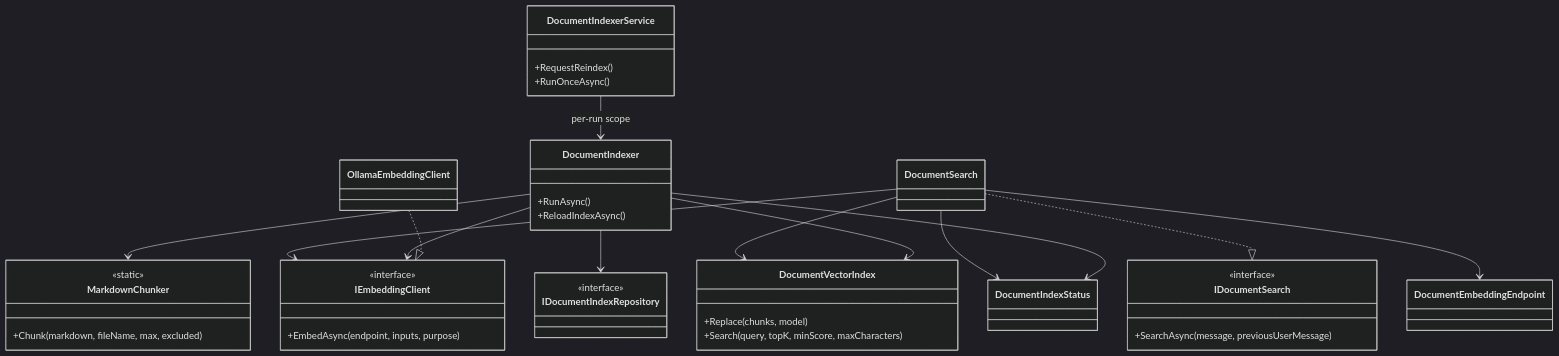
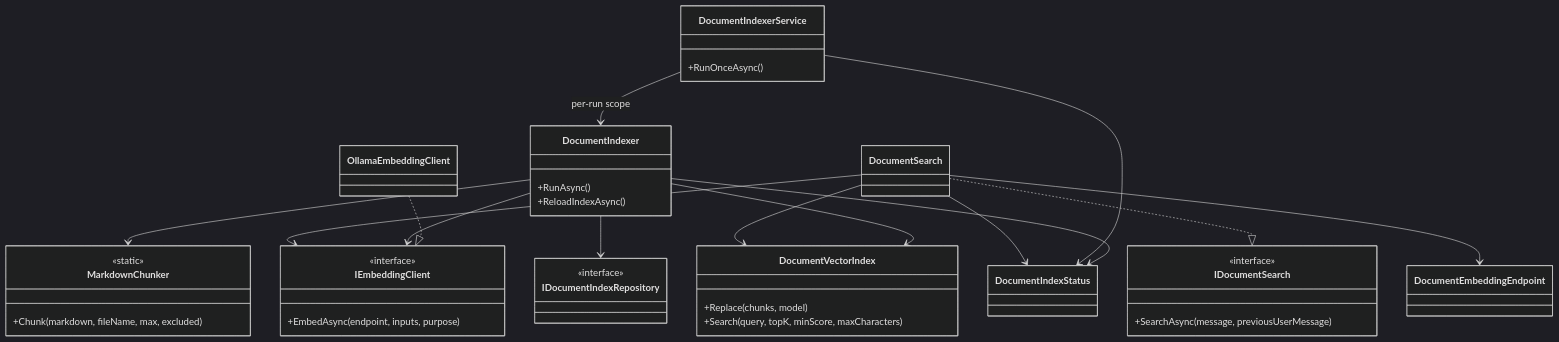
Before and after one commit to jojogeorge3344/TaskFlow-Project: the seventh of 14 diagrams in TF - Documents/TF - LLD/08-TFA-Assistant/08.1-Assistant/LLD-Assistant.md, drawn with Mermaid (dark theme). The commit also changed other lines of this file and 103 other files, not shown here.

````diff
--- a/TF - Documents/TF - LLD/08-TFA-Assistant/08.1-Assistant/LLD-Assistant.md
+++ b/TF - Documents/TF - LLD/08-TFA-Assistant/08.1-Assistant/LLD-Assistant.md
@@ -690,46 +700,46 @@
 ```mermaid
 classDiagram
   class IDocumentSearch {
     <<interface>>
     +SearchAsync(message, previousUserMessage)
   }
   class DocumentSearch
   class DocumentVectorIndex {
     +Replace(chunks, model)
     +Search(query, topK, minScore, maxCharacters)
   }
   class DocumentIndexerService {
-    +RequestReindex()
     +RunOnceAsync()
   }
   class DocumentIndexer {
     +RunAsync()
     +ReloadIndexAsync()
   }
   class MarkdownChunker {
     <<static>>
     +Chunk(markdown, fileName, max, excluded)
   }
   class IEmbeddingClient {
     <<interface>>
     +EmbedAsync(endpoint, inputs, purpose)
   }
   class OllamaEmbeddingClient
   class IDocumentIndexRepository {
     <<interface>>
   }
   class DocumentIndexStatus
   class DocumentEmbeddingEndpoint
   DocumentSearch ..|> IDocumentSearch
   DocumentSearch --> DocumentVectorIndex
   DocumentSearch --> IEmbeddingClient
   DocumentSearch --> DocumentEmbeddingEndpoint
   DocumentSearch --> DocumentIndexStatus
   DocumentIndexerService --> DocumentIndexer : per-run scope
+  DocumentIndexerService --> DocumentIndexStatus
   DocumentIndexer --> MarkdownChunker
   DocumentIndexer --> IEmbeddingClient
   DocumentIndexer --> IDocumentIndexRepository
   DocumentIndexer --> DocumentVectorIndex
   DocumentIndexer --> DocumentIndexStatus
   OllamaEmbeddingClient ..|> IEmbeddingClient
 ```
````
